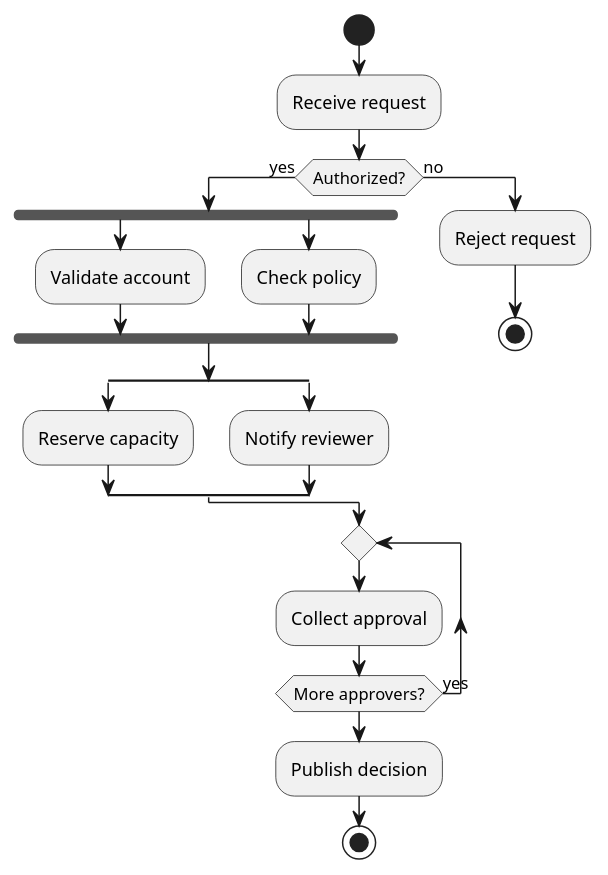
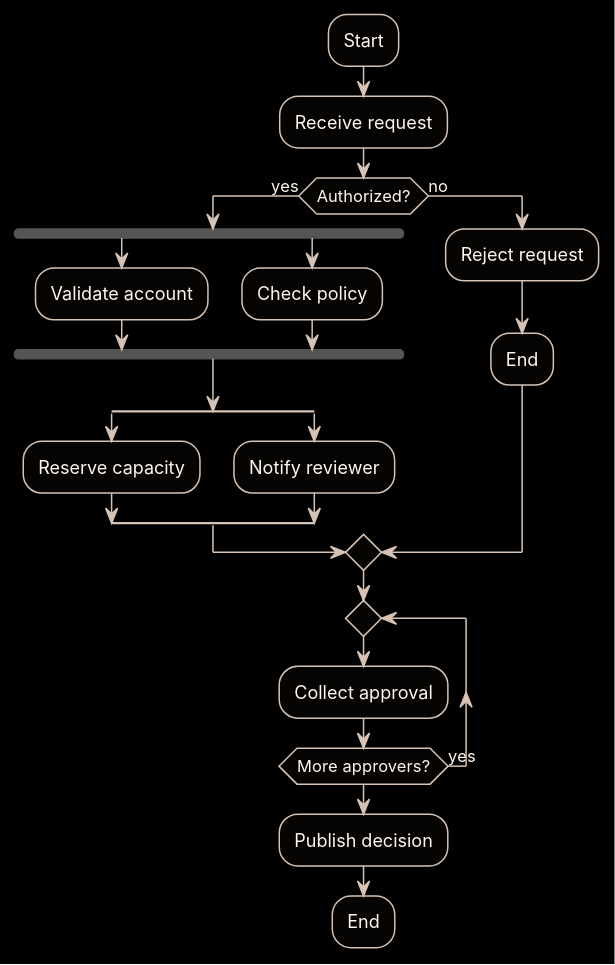
The fourth of 8 diagrams in .agents/skills/plantuml-diagram/references/examples.md (Omegapy/plantuml-ai-skill), drawn with PlantUML before and after one commit. The commit also changed other lines of this file and 25 other files, not shown here.

Commit message:
Harden AEther PlantUML render palette

````diff
--- a/.agents/skills/plantuml-diagram/references/examples.md
+++ b/.agents/skills/plantuml-diagram/references/examples.md
@@ -49,26 +102,40 @@
 ```plantuml
 @startuml
-start
+skinparam backgroundColor #000000
+skinparam shadowing false
+skinparam defaultFontName Inter
+skinparam defaultFontColor #fff8ef
+skinparam ArrowColor #d6c3b4
+skinparam ArrowFontColor #fff8ef
+skinparam ArrowHeadColor #d6c3b4
+skinparam ArrowThickness 2
+skinparam DefaultTextAlignment center
+skinparam ActivityBackgroundColor #050403
+skinparam ActivityBorderColor #d6c3b4
+skinparam ActivityFontColor #fff8ef
+skinparam ActivityDiamondFontColor #fff8ef
+skinparam ActivityBorderThickness 1
+:Start;
 :Receive request;
 if (Authorized?) then (yes)
   fork
     :Validate account;
   fork again
     :Check policy;
   end fork
   split
     :Reserve capacity;
   split again
     :Notify reviewer;
   end split
 else (no)
   :Reject request;
-  stop
+  :End;
 endif
 repeat
   :Collect approval;
 repeat while (More approvers?) is (yes)
 :Publish decision;
-stop
+:End;
 @enduml
 ```
````
